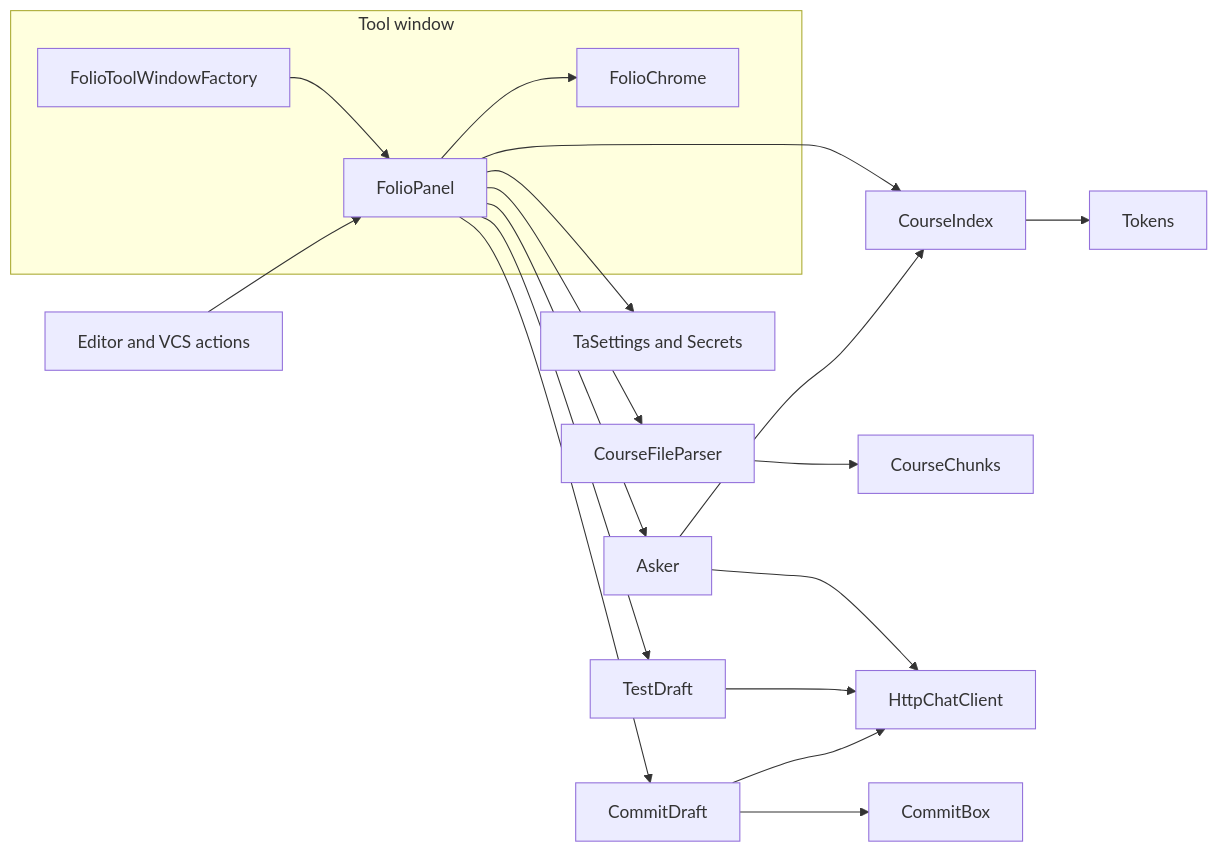
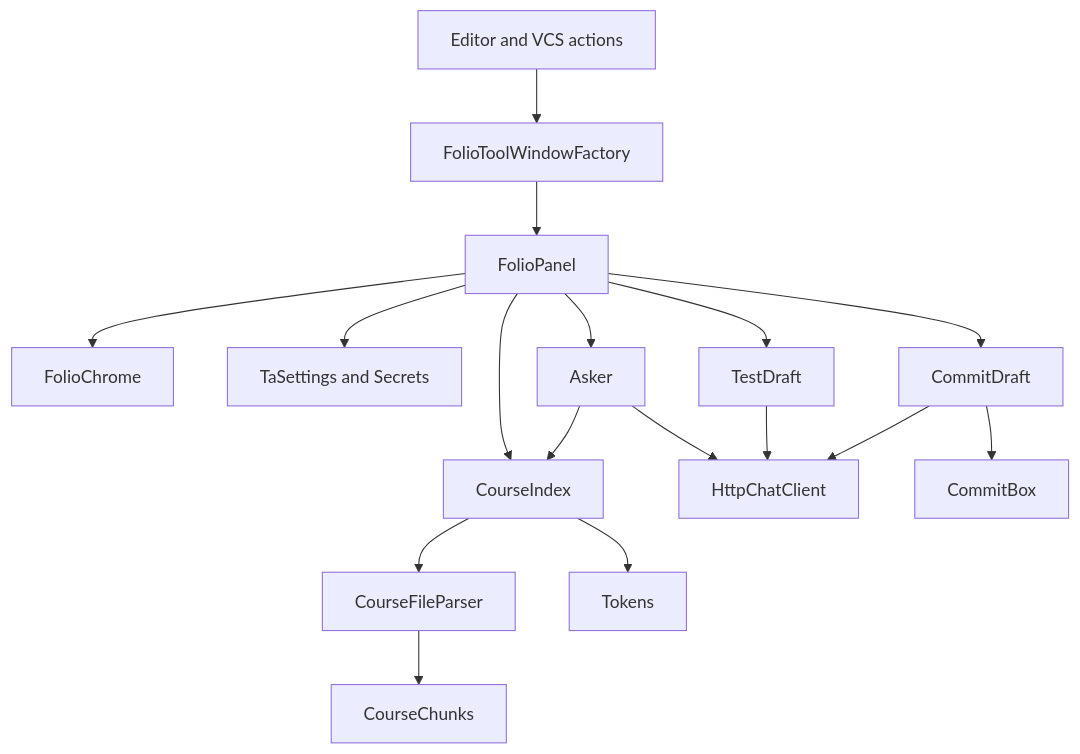
The first of 3 diagrams in README.md (TTAWDTT/folio), drawn with Mermaid before and after one commit. The commit also changed other lines of this file and 5 other files, not shown here.

First line of the commit message:
Redraw the tool window chart as the path a user walks.

````diff
--- a/README.md
+++ b/README.md
@@ -193,24 +200,19 @@
 ```mermaid
-flowchart LR
-  subgraph window [Tool window]
-    Factory[FolioToolWindowFactory]
-    Panel[FolioPanel]
-    Chrome[FolioChrome]
-  end
-  Factory --> Panel
-  Panel --> Chrome
+flowchart TB
+  Editor[Editor and VCS actions] --> Factory[FolioToolWindowFactory]
+  Factory --> Panel[FolioPanel]
+  Panel --> Chrome[FolioChrome]
   Panel --> Settings[TaSettings and Secrets]
   Panel --> Index[CourseIndex]
-  Panel --> Parser[CourseFileParser]
+  Panel --> Asker
+  Panel --> Tests[TestDraft]
+  Panel --> Commits[CommitDraft]
+  Index --> Parser[CourseFileParser]
   Parser --> Chunks[CourseChunks]
-  Index --> Tokens[Tokens]
-  Panel --> Asker
+  Index --> Tokens
   Asker --> Index
   Asker --> Http[HttpChatClient]
-  Panel --> Tests[TestDraft]
   Tests --> Http
-  Panel --> Commits[CommitDraft]
   Commits --> Http
   Commits --> Box[CommitBox]
-  Editor[Editor and VCS actions] --> Panel
 ```
````
